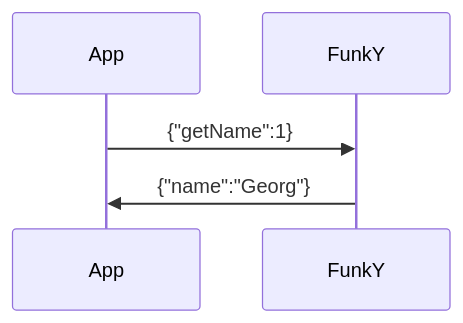
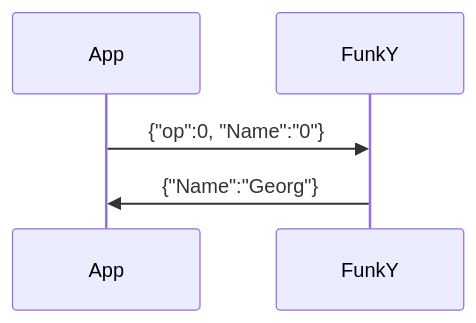
Before and after one commit to Marek128b/HAM-Radio-transceiver-DA: the first of 2 diagrams in doc/JSON/README.md, drawn with Mermaid. The commit also changed other lines of this file, not shown here.

````diff
--- a/doc/JSON/README.md
+++ b/doc/JSON/README.md
@@ -55,5 +78,5 @@
 ```mermaid
 sequenceDiagram
-App->>FunkY: {"getName":1}
-FunkY->>App: {"name":"Georg"}
+App->>FunkY: {"op":0, "Name":"0"}
+FunkY->>App: {"Name":"Georg"}
 ```
````
